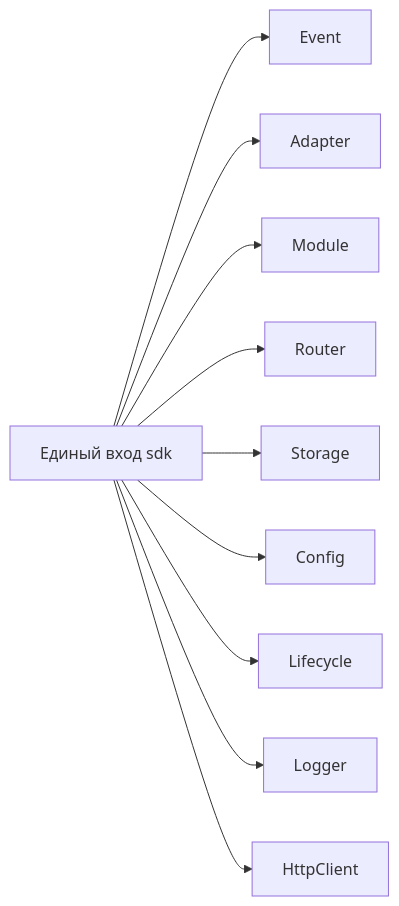
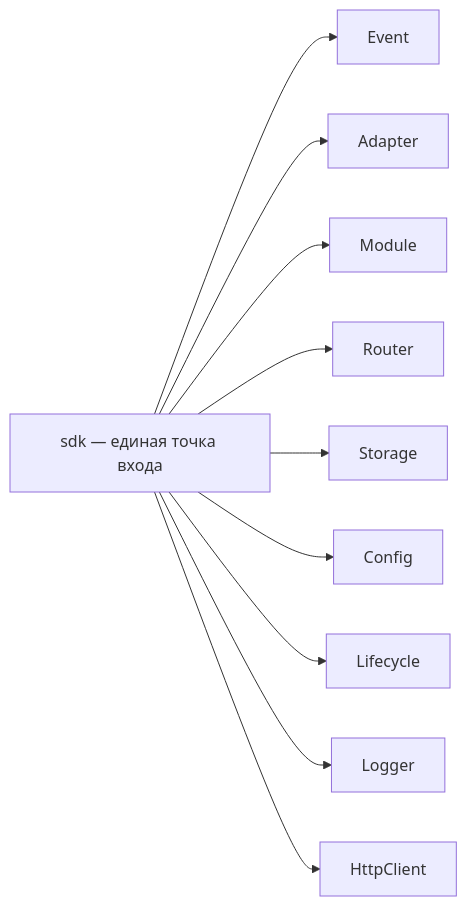
One commit to ErisPulse/ErisPulse changed the second of 2 diagrams in README.ru.md. Above: the diagram before and after it, drawn with Mermaid. The commit also changed other lines of this file and 115 other files, not shown here.

````diff
--- a/README.ru.md
+++ b/README.ru.md
@@ -434,5 +434,5 @@
 ```mermaid
 graph LR
-    SDK["Единый вход sdk"] --> Event & Adapter & Module & Router & Storage
+    SDK["sdk — единая точка входа"] --> Event & Adapter & Module & Router & Storage
     SDK --> Config & Lifecycle & Logger & HttpClient
 ```
````
